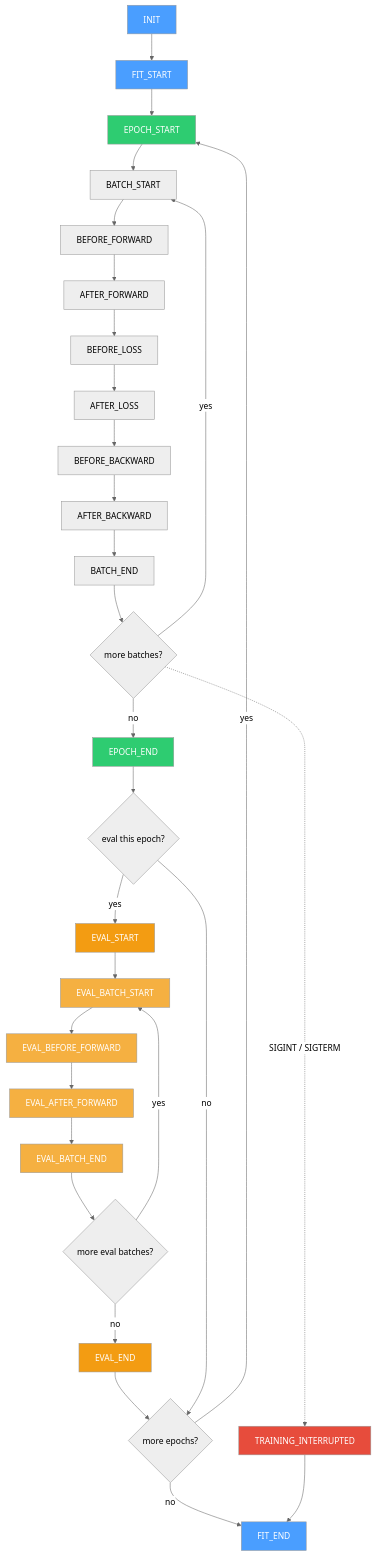
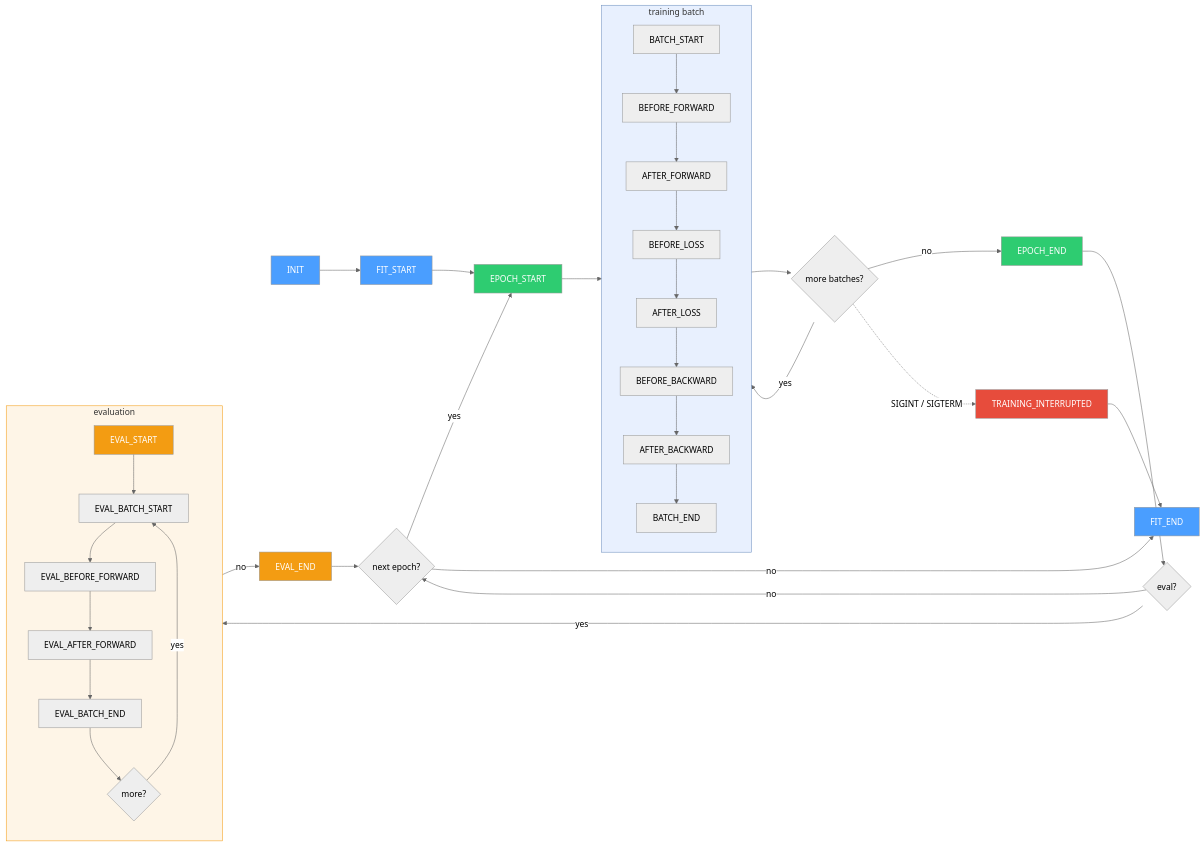
One commit to paul-english/coffeetrain changed the diagram in README.md. Above: the diagram before and after it, drawn with Mermaid (neutral theme). The commit also changed other lines of this file, not shown here.

Commit message:
Some additional readme updates

````diff
--- a/README.md
+++ b/README.md
@@ -16,56 +16,44 @@
 ```mermaid
-flowchart TD
-    INIT["INIT"]
-    FIT_START["FIT_START"]
-    EPOCH_START["EPOCH_START"]
-    BATCH_START["BATCH_START"]
-    BF["BEFORE_FORWARD"]
-    AF["AFTER_FORWARD"]
-    BL["BEFORE_LOSS"]
-    AL["AFTER_LOSS"]
-    BB["BEFORE_BACKWARD"]
-    AB["AFTER_BACKWARD"]
-    BATCH_END["BATCH_END"]
-    MORE_BATCHES{more batches?}
-    EPOCH_END["EPOCH_END"]
-    EVAL_CHECK{eval this epoch?}
-    EVAL_START["EVAL_START"]
-    EBS["EVAL_BATCH_START"]
-    EBF["EVAL_BEFORE_FORWARD"]
-    EAF["EVAL_AFTER_FORWARD"]
-    EBE["EVAL_BATCH_END"]
-    MORE_EVAL{more eval batches?}
-    EVAL_END["EVAL_END"]
-    MORE_EPOCHS{more epochs?}
-    INTERRUPTED["TRAINING_INTERRUPTED"]
-    FIT_END["FIT_END"]
+flowchart LR
+    INIT["INIT"] --> FIT_START["FIT_START"] --> EPOCH_START["EPOCH_START"]
 
-    INIT --> FIT_START --> EPOCH_START --> BATCH_START
-    BATCH_START --> BF --> AF --> BL --> AL --> BB --> AB --> BATCH_END
-    BATCH_END --> MORE_BATCHES
-    MORE_BATCHES -- yes --> BATCH_START
-    MORE_BATCHES -- no --> EPOCH_END
-    EPOCH_END --> EVAL_CHECK
-    EVAL_CHECK -- yes --> EVAL_START --> EBS
-    EBS --> EBF --> EAF --> EBE
-    EBE --> MORE_EVAL
-    MORE_EVAL -- yes --> EBS
-    MORE_EVAL -- no --> EVAL_END --> MORE_EPOCHS
-    EVAL_CHECK -- no --> MORE_EPOCHS
-    MORE_EPOCHS -- yes --> EPOCH_START
-    MORE_EPOCHS -- no --> FIT_END
-    MORE_BATCHES -. "SIGINT / SIGTERM" .-> INTERRUPTED --> FIT_END
+    EPOCH_START --> BS["BATCH_START"]
+    subgraph batch [" training batch "]
+        direction TB
+        BS --> BF["BEFORE_FORWARD"] --> AF["AFTER_FORWARD"]
+        AF --> BL["BEFORE_LOSS"] --> AL["AFTER_LOSS"]
+        AL --> BB["BEFORE_BACKWARD"] --> AB["AFTER_BACKWARD"]
+        AB --> BE["BATCH_END"]
+    end
+    BE --> MORE{more batches?}
+    MORE -- yes --> BS
+    MORE -- no --> EPOCH_END["EPOCH_END"]
+
+    EPOCH_END --> EVAL_CHECK{eval?}
+    EVAL_CHECK -- yes --> ES["EVAL_START"]
+    subgraph eval [" evaluation "]
+        direction TB
+        ES --> EBS["EVAL_BATCH_START"] --> EBF["EVAL_BEFORE_FORWARD"]
+        EBF --> EAF["EVAL_AFTER_FORWARD"] --> EBE["EVAL_BATCH_END"]
+        EBE --> EMORE{more?}
+        EMORE -- yes --> EBS
+    end
+    EMORE -- no --> EE["EVAL_END"]
+    EE --> NEXT{next epoch?}
+    EVAL_CHECK -- no --> NEXT
+    NEXT -- yes --> EPOCH_START
+    NEXT -- no --> FIT_END["FIT_END"]
+
+    MORE -. "SIGINT / SIGTERM" .-> INT["TRAINING_INTERRUPTED"] --> FIT_END
 
     style INIT fill:#4a9eff,color:#fff
     style FIT_START fill:#4a9eff,color:#fff
     style FIT_END fill:#4a9eff,color:#fff
-    style INTERRUPTED fill:#e74c3c,color:#fff
+    style INT fill:#e74c3c,color:#fff
     style EPOCH_START fill:#2ecc71,color:#fff
     style EPOCH_END fill:#2ecc71,color:#fff
-    style EVAL_START fill:#f39c12,color:#fff
-    style EVAL_END fill:#f39c12,color:#fff
-    style EBS fill:#f5b041,color:#fff
-    style EBF fill:#f5b041,color:#fff
-    style EAF fill:#f5b041,color:#fff
-    style EBE fill:#f5b041,color:#fff
+    style ES fill:#f39c12,color:#fff
+    style EE fill:#f39c12,color:#fff
+    style batch fill:#e8f0fe,stroke:#6c8ebf
+    style eval fill:#fef5e7,stroke:#f39c12
 ```
````
